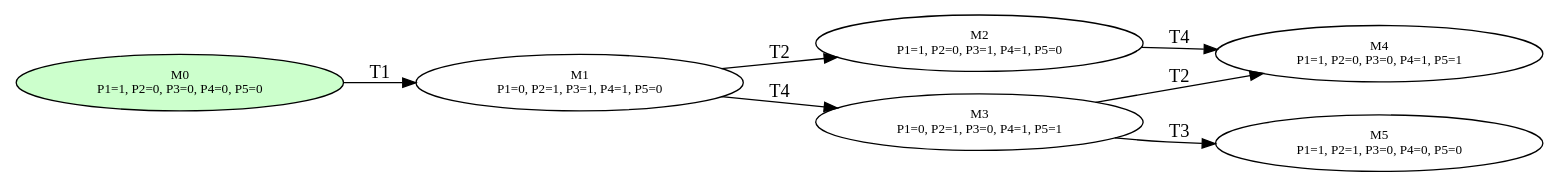
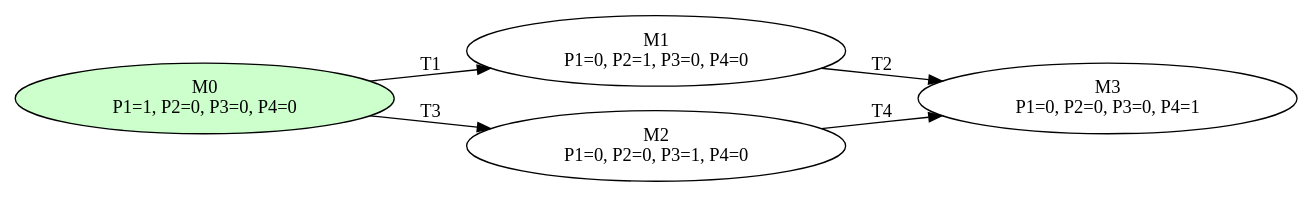
One commit to kimanh05/MHH-Petri-Nets changed the diagram in visualization/reachable_graph.dot. Above: the diagram before and after it, drawn with Graphviz. The commit also changed 13 other files, not shown here.

```diff
--- a/visualization/reachable_graph.dot
+++ b/visualization/reachable_graph.dot
@@ -1,16 +1,11 @@
 digraph Reachable {
     rankdir=LR;
-    node [shape=ellipse, fontsize=10];
-    M0 [label="M0\nP1=1, P2=0, P3=0, P4=0, P5=0" style=filled, fillcolor="#ccffcc"];
-    M1 [label="M1\nP1=0, P2=1, P3=1, P4=1, P5=0" ];
-    M2 [label="M2\nP1=1, P2=0, P3=1, P4=1, P5=0" ];
-    M3 [label="M3\nP1=0, P2=1, P3=0, P4=1, P5=1" ];
-    M4 [label="M4\nP1=1, P2=0, P3=0, P4=1, P5=1" ];
-    M5 [label="M5\nP1=1, P2=1, P3=0, P4=0, P5=0" ];
+    M0 [label="M0\nP1=1, P2=0, P3=0, P4=0" style=filled, fillcolor="#ccffcc"];
+    M1 [label="M1\nP1=0, P2=1, P3=0, P4=0" ];
+    M2 [label="M2\nP1=0, P2=0, P3=1, P4=0" ];
+    M3 [label="M3\nP1=0, P2=0, P3=0, P4=1" ];
     M0 -> M1 [label="T1"];
-    M1 -> M2 [label="T2"];
-    M1 -> M3 [label="T4"];
-    M2 -> M4 [label="T4"];
-    M3 -> M4 [label="T2"];
-    M3 -> M5 [label="T3"];
+    M0 -> M2 [label="T3"];
+    M1 -> M3 [label="T2"];
+    M2 -> M3 [label="T4"];
 }
```
